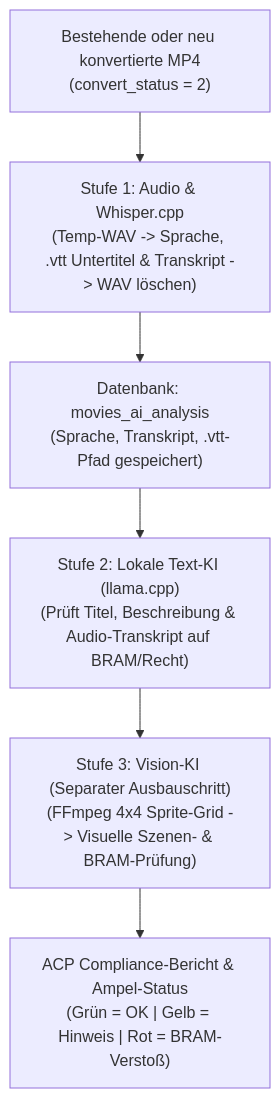
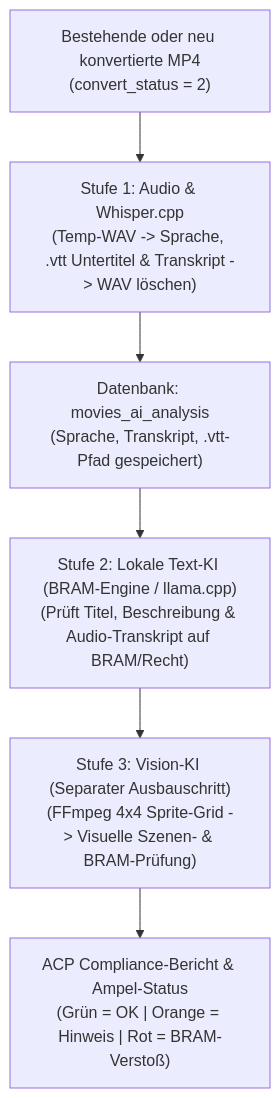
Before and after one commit to tenortis/EroCloud: the diagram in .agent/knowledge/architecture/ai-compliance-and-subtitle-pipeline.md, drawn with Mermaid. The commit also changed other lines of this file and 2 other files, not shown here.

Commit message:
Auto-Commit (Antigravity): Update .agent documentation with Phase 3 BRAM UI, VTT normalizer/inspector, and local AI translation architecture

````diff
--- a/.agent/knowledge/architecture/ai-compliance-and-subtitle-pipeline.md
+++ b/.agent/knowledge/architecture/ai-compliance-and-subtitle-pipeline.md
@@ -57,8 +57,8 @@
 ```mermaid
 flowchart TD
     A["Bestehende oder neu konvertierte MP4\n(convert_status = 2)"] --> B["Stufe 1: Audio & Whisper.cpp\n(Temp-WAV -> Sprache, .vtt Untertitel & Transkript -> WAV löschen)"]
     B --> C["Datenbank: movies_ai_analysis\n(Sprache, Transkript, .vtt-Pfad gespeichert)"]
-    C --> D["Stufe 2: Lokale Text-KI (llama.cpp)\n(Prüft Titel, Beschreibung & Audio-Transkript auf BRAM/Recht)"]
+    C --> D["Stufe 2: Lokale Text-KI (BRAM-Engine / llama.cpp)\n(Prüft Titel, Beschreibung & Audio-Transkript auf BRAM/Recht)"]
     D --> E["Stufe 3: Vision-KI (Separater Ausbauschritt)\n(FFmpeg 4x4 Sprite-Grid -> Visuelle Szenen- & BRAM-Prüfung)"]
-    E --> F["ACP Compliance-Bericht & Ampel-Status\n(Grün = OK | Gelb = Hinweis | Rot = BRAM-Verstoß)"]
+    E --> F["ACP Compliance-Bericht & Ampel-Status\n(Grün = OK | Orange = Hinweis | Rot = BRAM-Verstoß)"]
 ```
````
